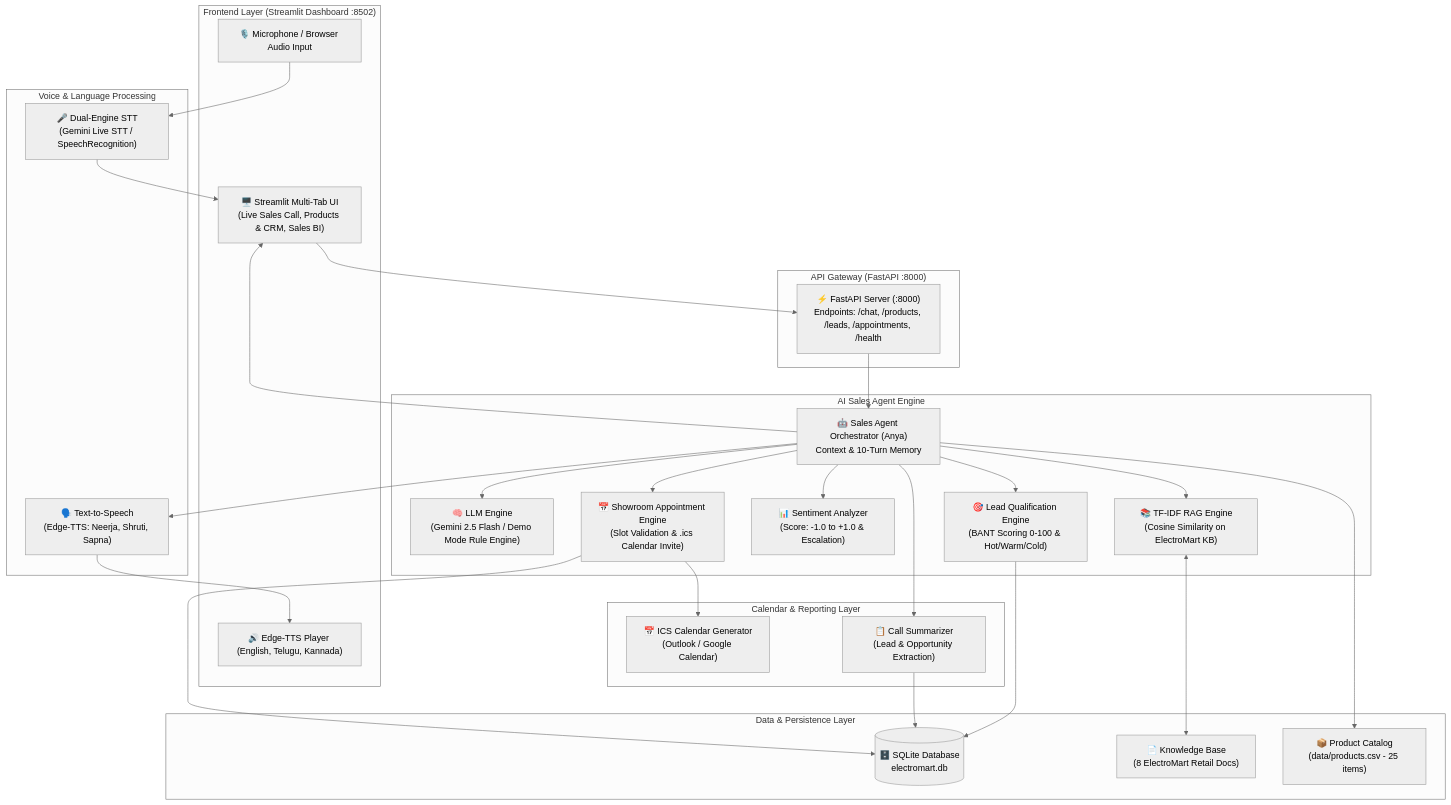
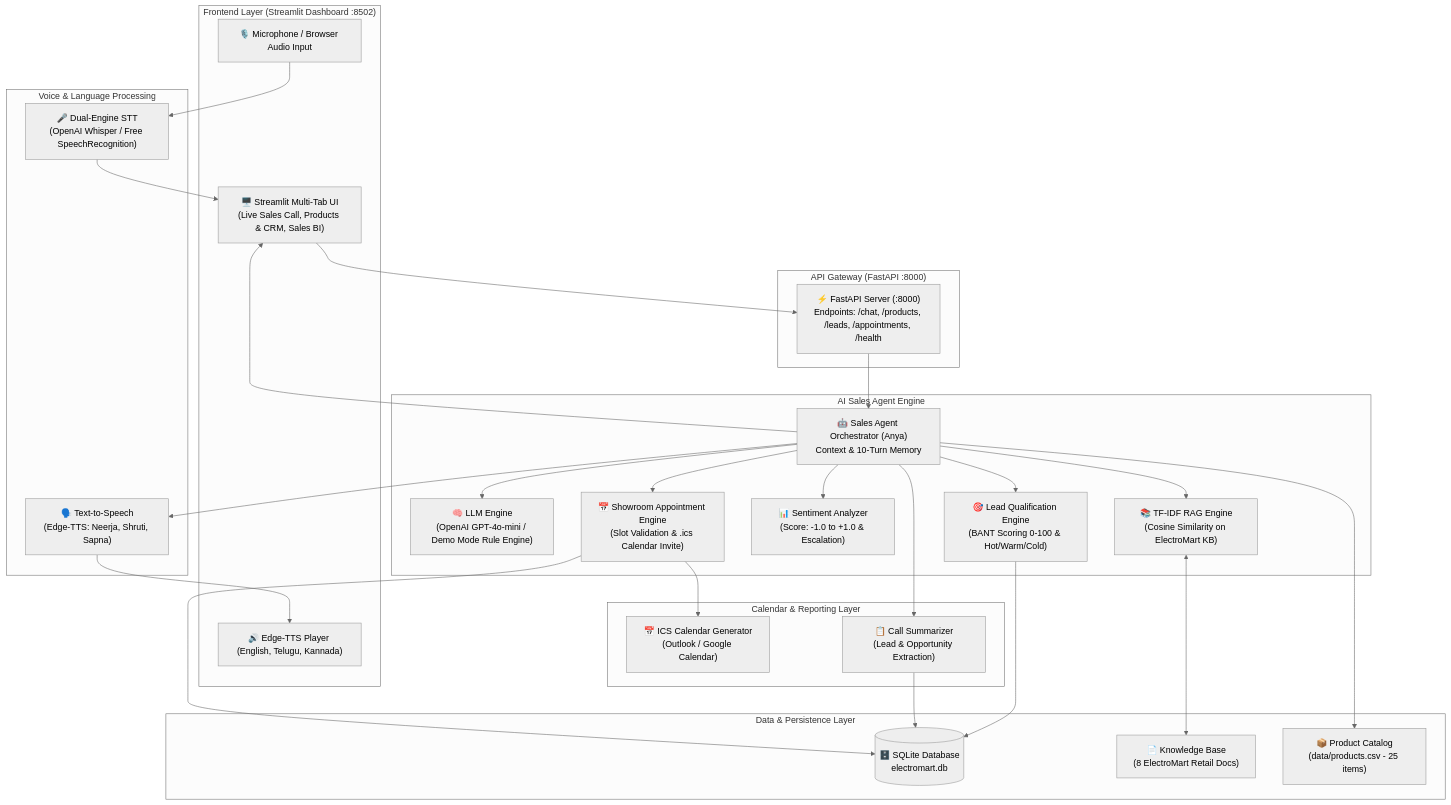
One commit to naren1408/AI-VOICE-AGENT changed the diagram in architecture/system_architecture.md. Above: the diagram before and after it, drawn with Mermaid (neutral theme). The commit also changed other lines of this file and 11 other files, not shown here.

Commit message:
feat: migrate AI agent and STT from Gemini to OpenAI API (with Demo Mode fallback)

````diff
--- a/architecture/system_architecture.md
+++ b/architecture/system_architecture.md
@@ -5,61 +5,61 @@
 ```mermaid
 flowchart TD
     subgraph ClientLayer["Frontend Layer (Streamlit Dashboard :8502)"]
         UI["🖥️ Streamlit Multi-Tab UI\n(Live Sales Call, Products & CRM, Sales BI)"]
         AudioInput["🎙️ Microphone / Browser Audio Input"]
         AudioPlayer["🔊 Edge-TTS Player (English, Telugu, Kannada)"]
     end
 
     subgraph APILayer["API Gateway (FastAPI :8000)"]
         FastAPI["⚡ FastAPI Server (:8000)\nEndpoints: /chat, /products, /leads, /appointments, /health"]
     end
 
     subgraph VoicePipeline["Voice & Language Processing"]
-        STT["🎤 Dual-Engine STT\n(Gemini Live STT / SpeechRecognition)"]
+        STT["🎤 Dual-Engine STT\n(OpenAI Whisper / Free SpeechRecognition)"]
         TTS["🗣️ Text-to-Speech\n(Edge-TTS: Neerja, Shruti, Sapna)"]
     end
 
     subgraph CoreAgent["AI Sales Agent Engine"]
         Agent["🤖 Sales Agent Orchestrator (Anya)\nContext & 10-Turn Memory"]
-        LLM["🧠 LLM Engine\n(Gemini 2.5 Flash / Demo Mode Rule Engine)"]
+        LLM["🧠 LLM Engine\n(OpenAI GPT-4o-mini / Demo Mode Rule Engine)"]
         RAG["📚 TF-IDF RAG Engine\n(Cosine Similarity on ElectroMart KB)"]
         Sentiment["📊 Sentiment Analyzer\n(Score: -1.0 to +1.0 & Escalation)"]
         LeadScoring["🎯 Lead Qualification Engine\n(BANT Scoring 0-100 & Hot/Warm/Cold)"]
         ApptBooking["📅 Showroom Appointment Engine\n(Slot Validation & .ics Calendar Invite)"]
     end
 
     subgraph StorageLayer["Data & Persistence Layer"]
         DB[(🗄️ SQLite Database\nelectromart.db)]
         KBFile["📄 Knowledge Base\n(8 ElectroMart Retail Docs)"]
         CatalogFile["📦 Product Catalog\n(data/products.csv - 25 items)"]
     end
 
     subgraph Integrations["Calendar & Reporting Layer"]
         ICS["📅 ICS Calendar Generator\n(Outlook / Google Calendar)"]
         Summary["📋 Call Summarizer\n(Lead & Opportunity Extraction)"]
     end
 
     %% Data Flow
     AudioInput --> STT
     STT --> UI
     UI --> FastAPI
     FastAPI --> Agent
 
     Agent --> RAG
     RAG <--> KBFile
     Agent --> CatalogFile
     Agent --> LLM
     Agent --> Sentiment
     Agent --> LeadScoring
     Agent --> ApptBooking
 
     ApptBooking --> DB
     ApptBooking --> ICS
     Agent --> Summary
     Summary --> DB
     LeadScoring --> DB
 
     Agent --> TTS
     TTS --> AudioPlayer
     Agent --> UI
 ```
````
